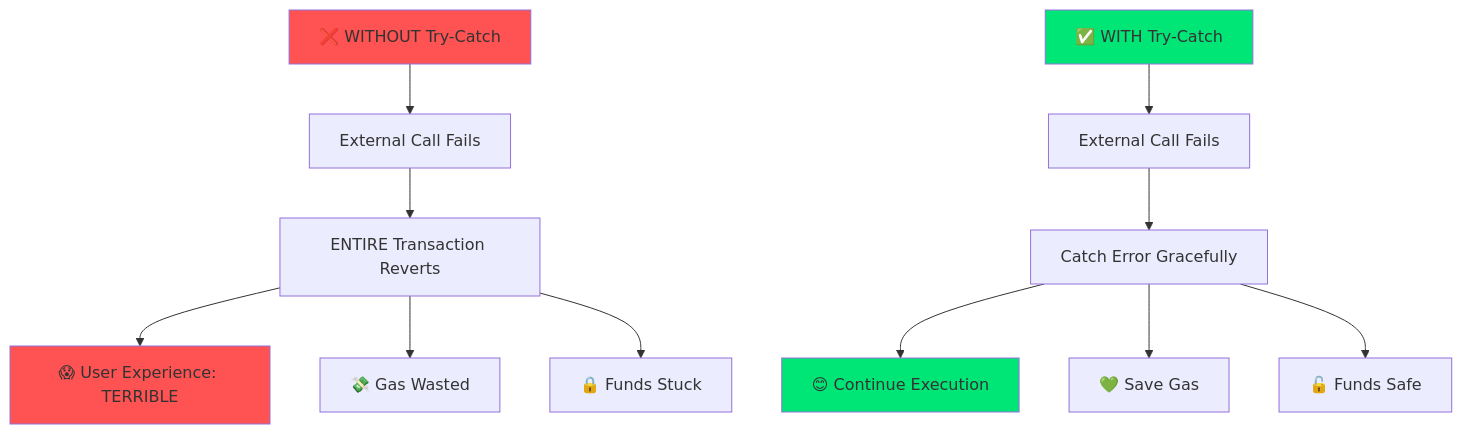
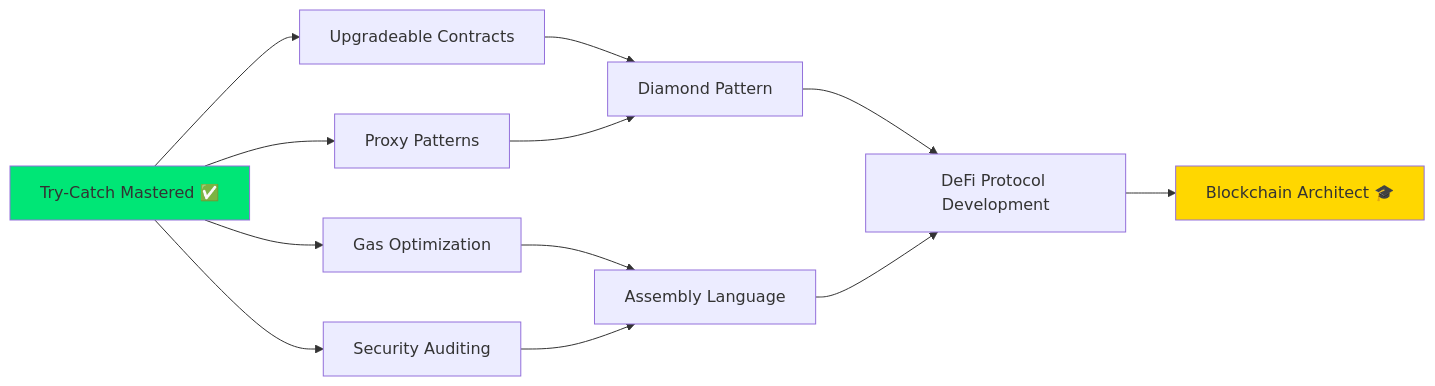
The diagram in README.md (Siddheshwar-cloud/TryCatchExample), drawn with Mermaid before and after one commit. The commit also changed other lines of this file, not shown here.

````diff
--- a/README.md
+++ b/README.md
@@ -115,19 +209,20 @@
 ```mermaid
-graph TB
-    A[❌ WITHOUT Try-Catch] --> B[External Call Fails]
-    B --> C[ENTIRE Transaction Reverts]
-    C --> D[😱 User Experience: TERRIBLE]
-    C --> E[💸 Gas Wasted]
-    C --> F[🔒 Funds Stuck]
+graph LR
+    A[Try-Catch Mastered ✅] --> B[Upgradeable Contracts]
+    A --> C[Proxy Patterns]
+    A --> D[Gas Optimization]
+    A --> E[Security Auditing]
     
-    G[✅ WITH Try-Catch] --> H[External Call Fails]
-    H --> I[Catch Error Gracefully]
-    I --> J[😊 Continue Execution]
-    I --> K[💚 Save Gas]
-    I --> L[🔓 Funds Safe]
+    B --> F[Diamond Pattern]
+    C --> F
+    D --> G[Assembly Language]
+    E --> G
     
-    style A fill:#FF5252
-    style G fill:#00E676
-    style D fill:#FF5252
-    style J fill:#00E676
+    F --> H[DeFi Protocol Development]
+    G --> H
+    
+    H --> I[Blockchain Architect 🎓]
+    
+    style A fill:#00E676
+    style I fill:#FFD700
 ```
````
